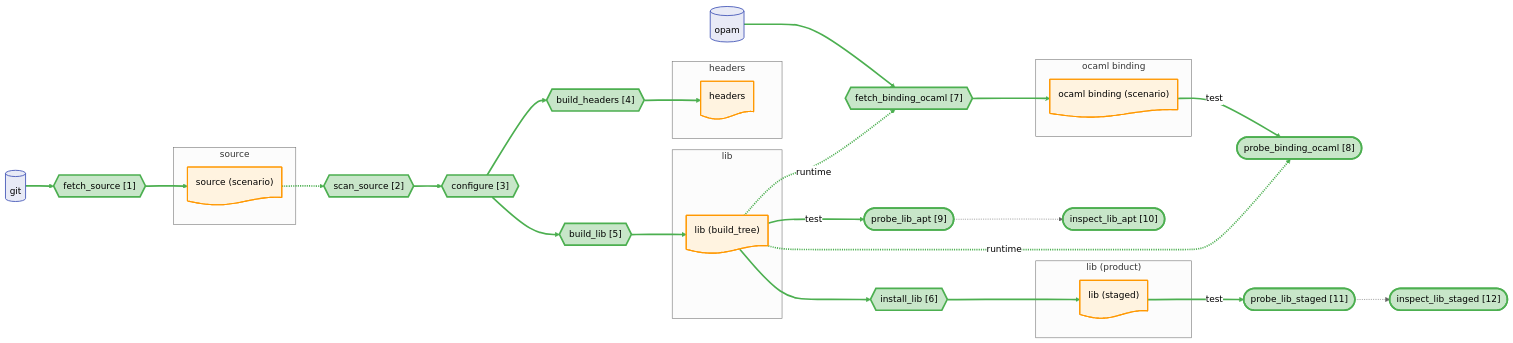
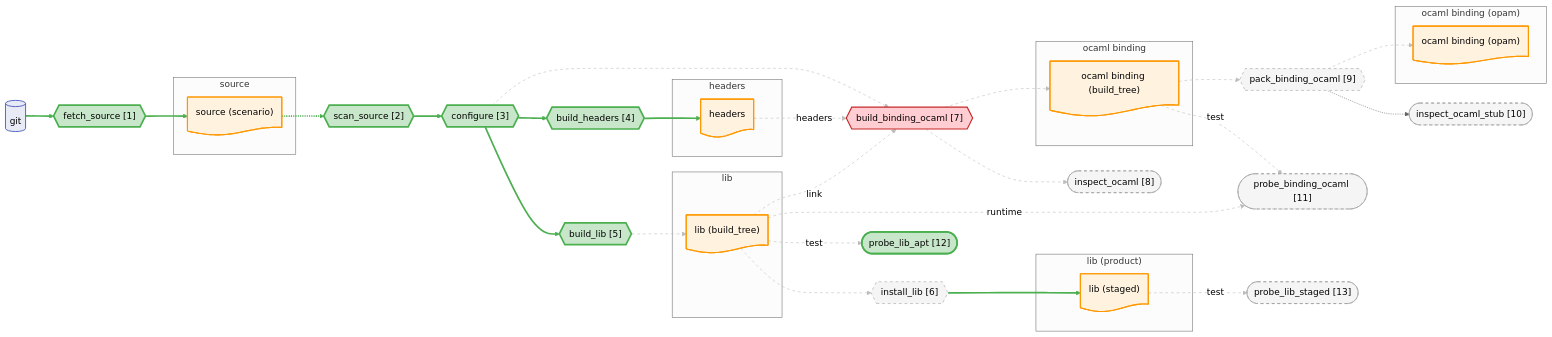
One commit to JHU-PL-Lab/tola changed the diagram in docs/canary/projects/z3/-run/diagrams/full.mmd. Above: the diagram before and after it, drawn with Mermaid (neutral theme). The commit also changed 247 other files, not shown here.

```diff
--- a/docs/canary/projects/z3/-run/diagrams/full.mmd
+++ b/docs/canary/projects/z3/-run/diagrams/full.mmd
@@ -1,92 +1,103 @@
 %% view: full
 graph LR
     subgraph source_sg ["source"]
       source_node@{ shape: doc, label: "source (scenario)" }
     end
     subgraph headers_sg ["headers"]
       headers_node@{ shape: doc, label: "headers" }
     end
     subgraph lib_input_sg ["lib"]
       lib_build_tree_node@{ shape: doc, label: "lib (build_tree)" }
     end
     subgraph lib_product_sg ["lib (product)"]
       lib_staged_node@{ shape: doc, label: "lib (staged)" }
     end
-    subgraph ocaml_binding_sg ["ocaml binding"]
-      ocaml_binding_node@{ shape: doc, label: "ocaml binding (scenario)" }
+    subgraph ocaml_binding_input_sg ["ocaml binding"]
+      ocaml_binding_build_tree_node@{ shape: doc, label: "ocaml binding (build_tree)" }
+    end
+    subgraph ocaml_binding_product_sg ["ocaml binding (opam)"]
+      ocaml_binding_opam_node@{ shape: doc, label: "ocaml binding (opam)" }
     end
 
     git_store@{ shape: cyl, label: "git" }
-    opam_store@{ shape: cyl, label: "opam" }
 
     A_scan_source{{"scan_source [2]"}}
     A_configure{{"configure [3]"}}
     A_fetch_source{{"fetch_source [1]"}}
-    A_fetch_binding_ocaml{{"fetch_binding_ocaml [7]"}}
     A_build_headers{{"build_headers [4]"}}
     A_build_lib{{"build_lib [5]"}}
     A_install_lib{{"install_lib [6]"}}
-    A_probe_binding_ocaml(["probe_binding_ocaml [8]"])
-    A_probe_lib_apt(["probe_lib_apt [9]"])
-    A_probe_lib_apt_inspect(["inspect_lib_apt [10]"])
-    A_probe_lib_staged(["probe_lib_staged [11]"])
-    A_probe_lib_staged_inspect(["inspect_lib_staged [12]"])
+    A_build_binding_ocaml{{"build_binding_ocaml [7]"}}
+    A_build_binding_ocaml_inspect(["inspect_ocaml [8]"])
+    A_pack_binding_ocaml{{"pack_binding_ocaml [9]"}}
+    A_pack_binding_ocaml_stub_inspect(["inspect_ocaml_stub [10]"])
+    A_probe_binding_ocaml(["probe_binding_ocaml [11]"])
+    A_probe_lib_apt(["probe_lib_apt [12]"])
+    A_probe_lib_staged(["probe_lib_staged [13]"])
 
     git_store --> A_fetch_source --> source_node
     source_node -.-> A_scan_source
     A_scan_source --> A_configure
     A_configure --> A_build_headers
     A_build_headers --> headers_node
     A_configure --> A_build_lib
     A_build_lib --> lib_build_tree_node
     lib_build_tree_node --> A_install_lib
     A_install_lib --> lib_staged_node
     lib_build_tree_node -->|test| A_probe_lib_apt
     lib_staged_node -->|test| A_probe_lib_staged
-    opam_store --> A_fetch_binding_ocaml --> ocaml_binding_node
-    lib_build_tree_node -.->|runtime| A_fetch_binding_ocaml
-    ocaml_binding_node -->|test| A_probe_binding_ocaml
+    A_configure --> A_build_binding_ocaml
+    headers_node -.->|headers| A_build_binding_ocaml
+    lib_build_tree_node -.->|link| A_build_binding_ocaml
+    A_build_binding_ocaml --> ocaml_binding_build_tree_node
+    ocaml_binding_build_tree_node --> A_pack_binding_ocaml
+    A_pack_binding_ocaml --> ocaml_binding_opam_node
+    ocaml_binding_build_tree_node -->|test| A_probe_binding_ocaml
     lib_build_tree_node -.->|runtime| A_probe_binding_ocaml
-    A_probe_lib_apt -.-> A_probe_lib_apt_inspect
-    A_probe_lib_staged -.-> A_probe_lib_staged_inspect
+    A_build_binding_ocaml -.-> A_build_binding_ocaml_inspect
+    A_pack_binding_ocaml -.-> A_pack_binding_ocaml_stub_inspect
 
     classDef artifact fill:#fff3e0,stroke:#ff9800,stroke-width:2px
     classDef store fill:#e8eaf6,stroke:#3f51b5,stroke-width:1.5px
     classDef st_done fill:#c8e6c9,stroke:#4caf50,stroke-width:3px
     classDef st_done_ctx fill:#e8f5e9,stroke:#a5d6a7,stroke-width:1.5px
     classDef st_expected_fail fill:#fff9c4,stroke:#f9a825,stroke-width:2px
     classDef st_failed fill:#ffcdd2,stroke:#c62828,stroke-width:2px
     classDef st_skipped fill:#f5f5f5,stroke:#9e9e9e,stroke-dasharray:5
     classDef st_nospec fill:#fafafa,stroke:#bdbdbd,stroke-dasharray:5
-    class source_node,headers_node,lib_build_tree_node,lib_staged_node,ocaml_binding_node artifact
+    class source_node,headers_node,lib_build_tree_node,lib_staged_node,ocaml_binding_build_tree_node,ocaml_binding_opam_node artifact
     class git_store store
-    class opam_store store
     class A_fetch_source st_done
     class A_scan_source st_done
     class A_configure st_done
     class A_build_headers st_done
     class A_build_lib st_done
-    class A_install_lib st_done
-    class A_fetch_binding_ocaml st_done
-    class A_probe_binding_ocaml st_done
+    class A_install_lib st_skipped
+    class A_build_binding_ocaml st_failed
+    class A_build_binding_ocaml_inspect st_skipped
+    class A_pack_binding_ocaml st_skipped
+    class A_pack_binding_ocaml_stub_inspect st_skipped
+    class A_probe_binding_ocaml st_skipped
     class A_probe_lib_apt st_done
-    class A_probe_lib_apt_inspect st_done
-    class A_probe_lib_staged st_done
-    class A_probe_lib_staged_inspect st_done
+    class A_probe_lib_staged st_skipped
     linkStyle 0 stroke:#4caf50,stroke-width:3px
     linkStyle 1 stroke:#4caf50,stroke-width:3px
     linkStyle 2 stroke:#4caf50,stroke-width:3px
     linkStyle 3 stroke:#4caf50,stroke-width:3px
     linkStyle 4 stroke:#4caf50,stroke-width:3px
     linkStyle 5 stroke:#4caf50,stroke-width:3px
     linkStyle 6 stroke:#4caf50,stroke-width:3px
-    linkStyle 7 stroke:#4caf50,stroke-width:3px
-    linkStyle 8 stroke:#4caf50,stroke-width:3px
+    linkStyle 7 stroke:#bdbdbd,stroke-width:1px,stroke-dasharray:5
+    linkStyle 8 stroke:#bdbdbd,stroke-width:1px,stroke-dasharray:5
     linkStyle 9 stroke:#4caf50,stroke-width:3px
-    linkStyle 10 stroke:#4caf50,stroke-width:3px
-    linkStyle 11 stroke:#4caf50,stroke-width:3px
-    linkStyle 12 stroke:#4caf50,stroke-width:3px
-    linkStyle 13 stroke:#4caf50,stroke-width:3px
-    linkStyle 14 stroke:#4caf50,stroke-width:3px
-    linkStyle 15 stroke:#4caf50,stroke-width:3px
-    linkStyle 16 stroke:#4caf50,stroke-width:3px
+    linkStyle 10 stroke:#bdbdbd,stroke-width:1px,stroke-dasharray:5
+    linkStyle 11 stroke:#bdbdbd,stroke-width:1px,stroke-dasharray:5
+    linkStyle 12 stroke:#bdbdbd,stroke-width:1px,stroke-dasharray:5
+    linkStyle 13 stroke:#bdbdbd,stroke-width:1px,stroke-dasharray:5
+    linkStyle 14 stroke:#bdbdbd,stroke-width:1px,stroke-dasharray:5
+    linkStyle 15 stroke:#bdbdbd,stroke-width:1px,stroke-dasharray:5
+    linkStyle 16 stroke:#bdbdbd,stroke-width:1px,stroke-dasharray:5
+    linkStyle 17 stroke:#bdbdbd,stroke-width:1px,stroke-dasharray:5
+    linkStyle 18 stroke:#bdbdbd,stroke-width:1px,stroke-dasharray:5
+    linkStyle 19 stroke:#bdbdbd,stroke-width:1px,stroke-dasharray:5
+    linkStyle 20 stroke:#bdbdbd,stroke-width:1px,stroke-dasharray:5
```
